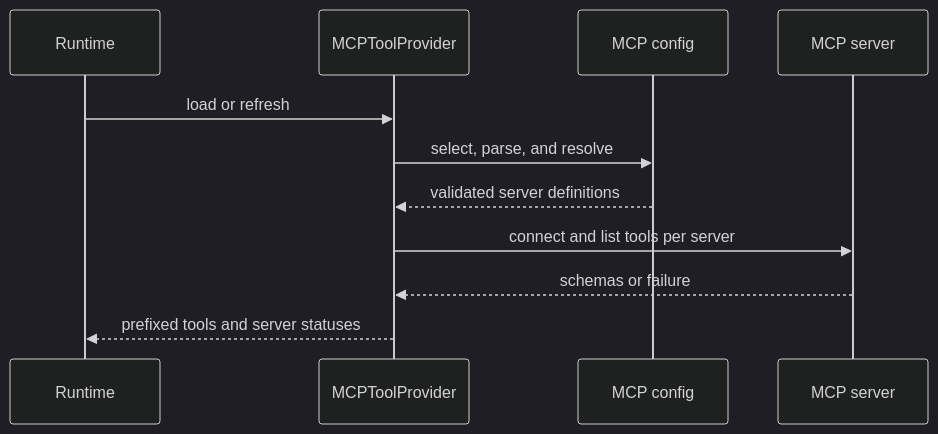
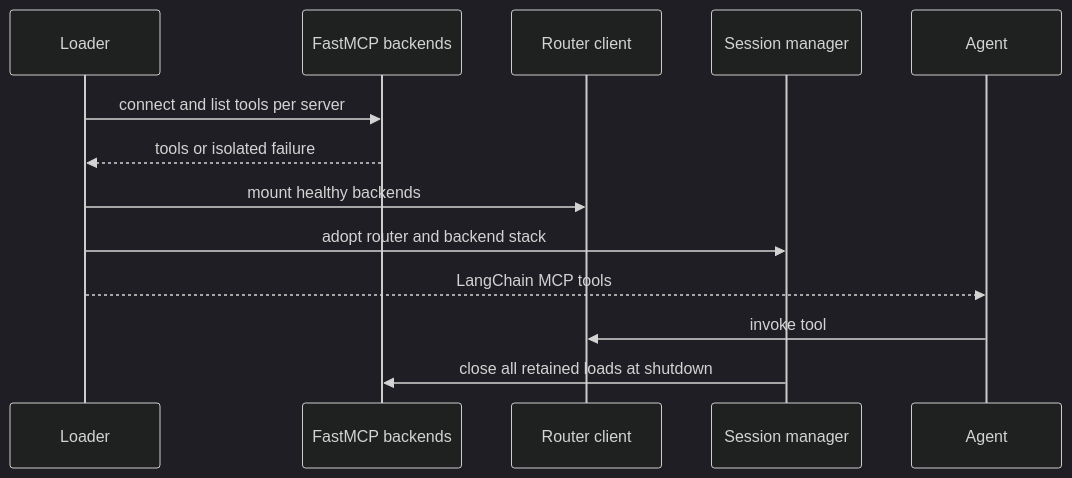
Before and after one commit to langchain-ai/deepagents: the second of 3 diagrams in openwiki/integrations/mcp.md, drawn with Mermaid (dark theme). The commit also changed other lines of this file and 22 other files, not shown here.

````diff
--- a/openwiki/integrations/mcp.md
+++ b/openwiki/integrations/mcp.md
@@ -43,13 +56,15 @@
 ```mermaid
 sequenceDiagram
-    participant Runtime
-    participant Provider as MCPToolProvider
-    participant Config as MCP config
-    participant Server as MCP server
-    Runtime->>Provider: load or refresh
-    Provider->>Config: select, parse, and resolve
-    Config-->>Provider: validated server definitions
-    Provider->>Server: connect and list tools per server
-    Server-->>Provider: schemas or failure
-    Provider-->>Runtime: prefixed tools and server statuses
+    participant Loader
+    participant FastMCP as FastMCP backends
+    participant Router as Router client
+    participant Manager as Session manager
+    participant Agent
+    Loader->>FastMCP: connect and list tools per server
+    FastMCP-->>Loader: tools or isolated failure
+    Loader->>Router: mount healthy backends
+    Loader->>Manager: adopt router and backend stack
+    Loader-->>Agent: LangChain MCP tools
+    Agent->>Router: invoke tool
+    Manager->>FastMCP: close all retained loads at shutdown
 ```
````
